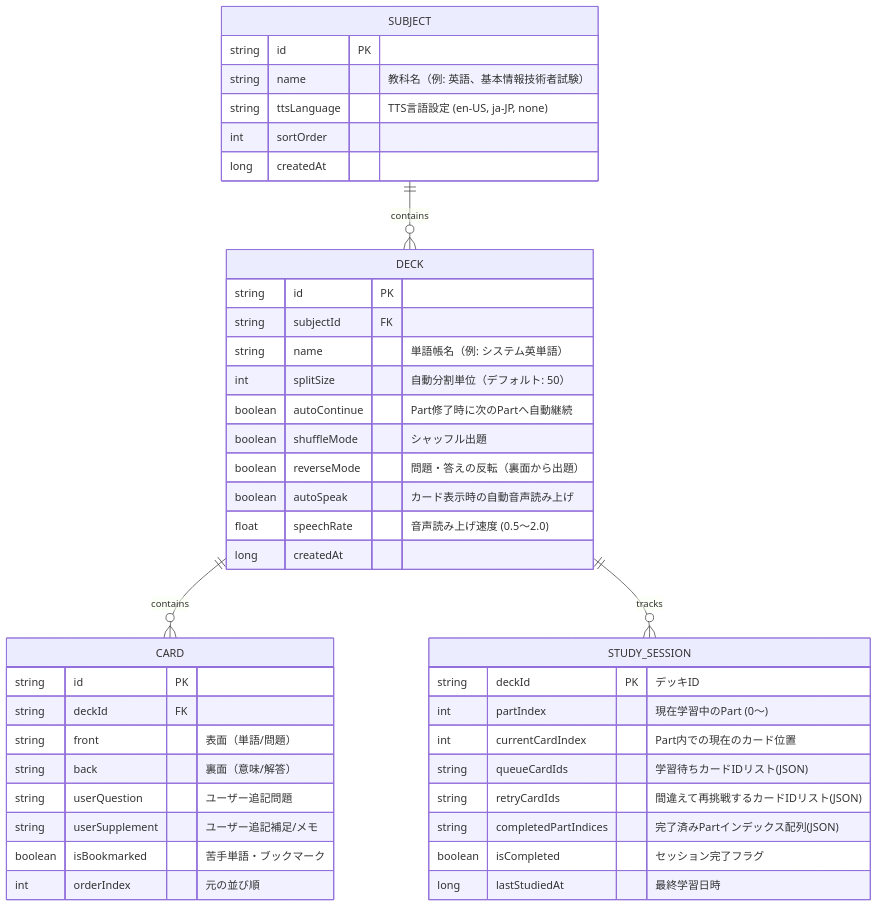
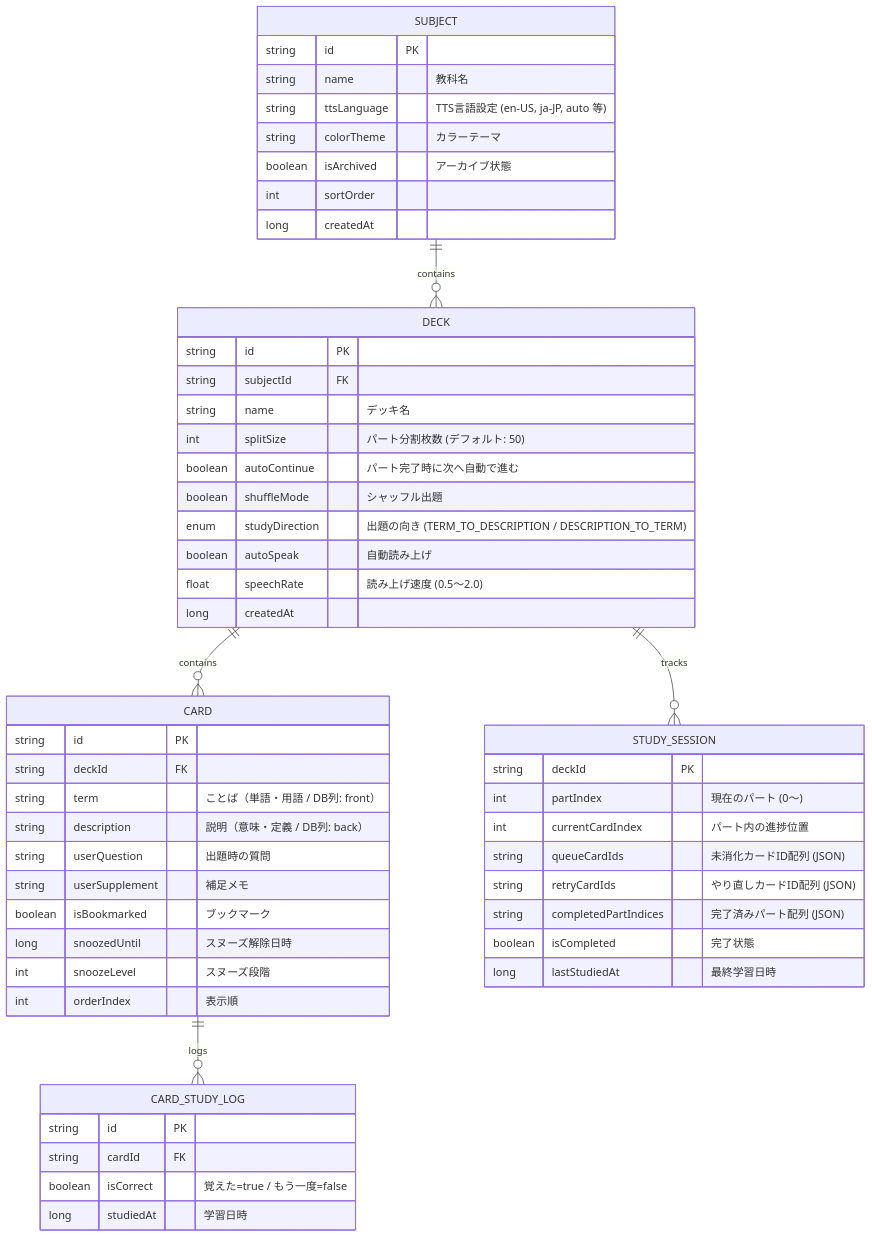
The first of 2 diagrams in docs/ARCHITECTURE.md (txcxjp/aidomari), drawn with Mermaid before and after one commit. The commit also changed other lines of this file and 4 other files, not shown here.

Commit message:
docs: update README and design docs for current architecture and tone (refs #101)

````diff
--- a/docs/ARCHITECTURE.md
+++ b/docs/ARCHITECTURE.md
@@ -17,49 +36,61 @@
 ```mermaid
 erDiagram
     SUBJECT ||--o{ DECK : contains
     DECK ||--o{ CARD : contains
     DECK ||--o{ STUDY_SESSION : tracks
+    CARD ||--o{ CARD_STUDY_LOG : logs
 
     SUBJECT {
         string id PK
-        string name "教科名（例: 英語、基本情報技術者試験）"
-        string ttsLanguage "TTS言語設定 (en-US, ja-JP, none)"
+        string name "教科名"
+        string ttsLanguage "TTS言語設定 (en-US, ja-JP, auto 等)"
+        string colorTheme "カラーテーマ"
+        boolean isArchived "アーカイブ状態"
         int sortOrder
         long createdAt
     }
 
     DECK {
         string id PK
         string subjectId FK
-        string name "単語帳名（例: システム英単語）"
-        int splitSize "自動分割単位（デフォルト: 50）"
-        boolean autoContinue "Part修了時に次のPartへ自動継続"
+        string name "デッキ名"
+        int splitSize "パート分割枚数 (デフォルト: 50)"
+        boolean autoContinue "パート完了時に次へ自動で進む"
         boolean shuffleMode "シャッフル出題"
-        boolean reverseMode "問題・答えの反転（裏面から出題）"
-        boolean autoSpeak "カード表示時の自動音声読み上げ"
-        float speechRate "音声読み上げ速度 (0.5〜2.0)"
+        enum studyDirection "出題の向き (TERM_TO_DESCRIPTION / DESCRIPTION_TO_TERM)"
+        boolean autoSpeak "自動読み上げ"
+        float speechRate "読み上げ速度 (0.5〜2.0)"
         long createdAt
     }
 
     CARD {
         string id PK
         string deckId FK
-        string front "表面（単語/問題）"
-        string back "裏面（意味/解答）"
-        string userQuestion "ユーザー追記問題"
-        string userSupplement "ユーザー追記補足/メモ"
-        boolean isBookmarked "苦手単語・ブックマーク"
-        int orderIndex "元の並び順"
+        string term "ことば（単語・用語 / DB列: front）"
+        string description "説明（意味・定義 / DB列: back）"
+        string userQuestion "出題時の質問"
+        string userSupplement "補足メモ"
+        boolean isBookmarked "ブックマーク"
+        long snoozedUntil "スヌーズ解除日時"
+        int snoozeLevel "スヌーズ段階"
+        int orderIndex "表示順"
     }
 
     STUDY_SESSION {
-        string deckId PK "デッキID"
-        int partIndex "現在学習中のPart (0〜)"
-        int currentCardIndex "Part内での現在のカード位置"
-        string queueCardIds "学習待ちカードIDリスト(JSON)"
-        string retryCardIds "間違えて再挑戦するカードIDリスト(JSON)"
-        string completedPartIndices "完了済みPartインデックス配列(JSON)"
-        boolean isCompleted "セッション完了フラグ"
+        string deckId PK
+        int partIndex "現在のパート (0〜)"
+        int currentCardIndex "パート内の進捗位置"
+        string queueCardIds "未消化カードID配列 (JSON)"
+        string retryCardIds "やり直しカードID配列 (JSON)"
+        string completedPartIndices "完了済みパート配列 (JSON)"
+        boolean isCompleted "完了状態"
         long lastStudiedAt "最終学習日時"
     }
+
+    CARD_STUDY_LOG {
+        string id PK
+        string cardId FK
+        boolean isCorrect "覚えた=true / もう一度=false"
+        long studiedAt "学習日時"
+    }
 ```
````
